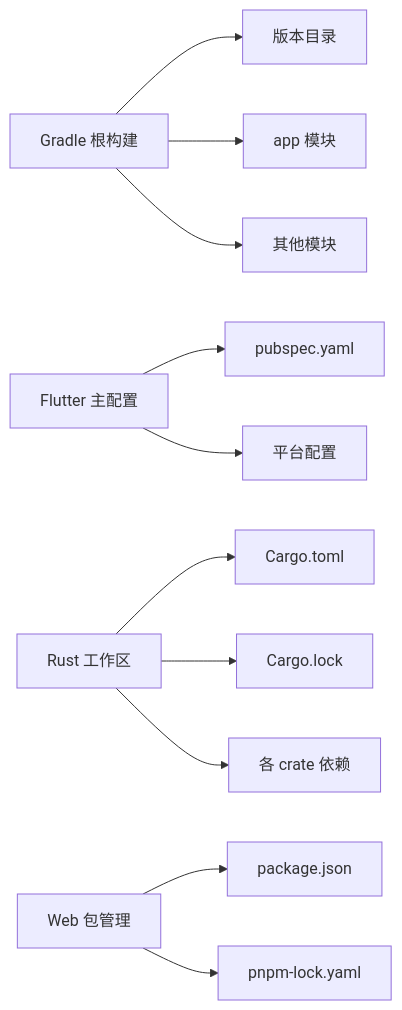
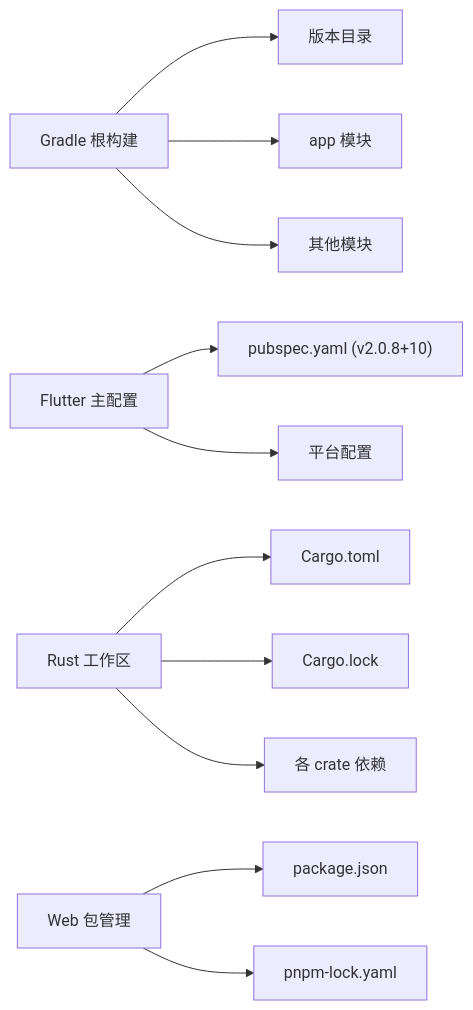
One commit to ZhangGHGitHub/LegadoTeamFlutter changed the seventh of 7 diagrams in .qoder/repowiki/zh/content/构建和部署/依赖管理.md. Above: the diagram before and after it, drawn with Mermaid. The commit also changed other lines of this file and 173 other files, not shown here.

````diff
--- a/.qoder/repowiki/zh/content/构建和部署/依赖管理.md
+++ b/.qoder/repowiki/zh/content/构建和部署/依赖管理.md
@@ -358,13 +370,13 @@
 ```mermaid
 graph LR
 Gradle["Gradle 根构建"] --> Libs["版本目录"]
 Gradle --> App["app 模块"]
 Gradle --> Mods["其他模块"]
-Flutter["Flutter 主配置"] --> Pubspec["pubspec.yaml"]
+Flutter["Flutter 主配置"] --> Pubspec["pubspec.yaml (v2.0.8+10)"]
 Flutter --> Platform["平台配置"]
 Rust["Rust 工作区"] --> WS["Cargo.toml"]
 Rust --> Lock["Cargo.lock"]
 Rust --> Crates["各 crate 依赖"]
 Web["Web 包管理"] --> Pkg["package.json"]
 Web --> LockPNPM["pnpm-lock.yaml"]
 ```
````
